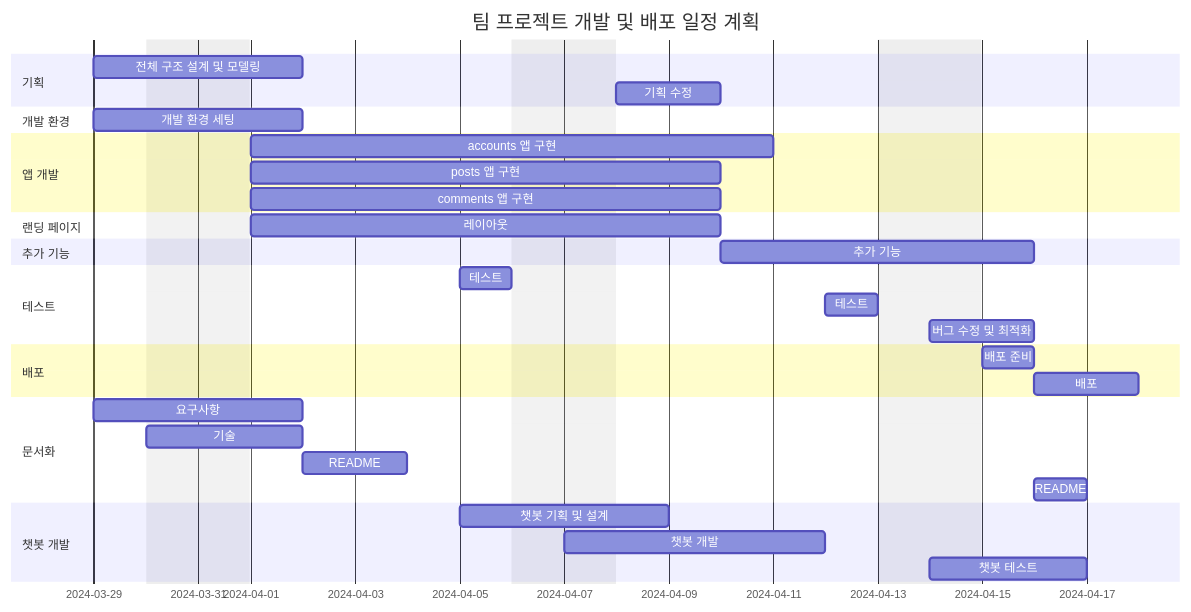
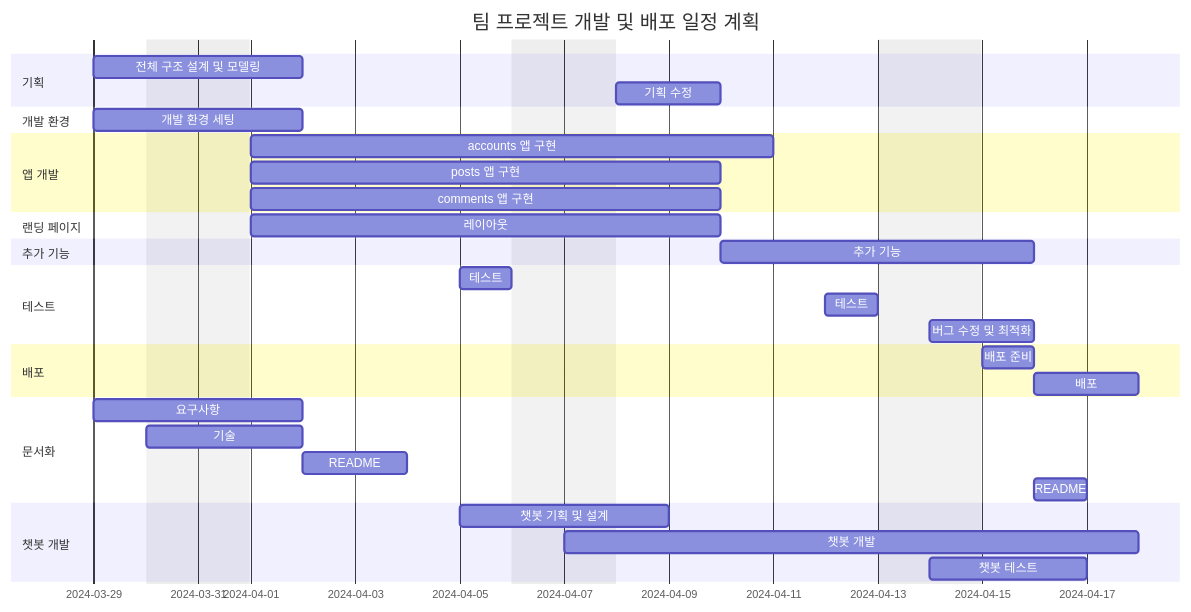
One commit to seungil1/recommand_tour changed the third of 3 diagrams in README.md. Above: the diagram before and after it, drawn with Mermaid.

````diff
--- a/README.md
+++ b/README.md
@@ -84,44 +84,44 @@
 ```mermaid
 gantt
     dateFormat  YYYY-MM-DD
     title 팀 프로젝트 개발 및 배포 일정 계획
     excludes weekends
 
     section 기획
     전체 구조 설계 및 모델링 :des1, 2024-03-29, 2d
     기획 수정 : 2024-04-08, 2d
 
     section 개발 환경
     개발 환경 세팅 :set1, 2024-03-29, 2d
 
     section 앱 개발
     accounts 앱 구현 :acc1, 2024-04-01, 8d
     posts 앱 구현 :pos1, 2024-04-01, 7d
     comments 앱 구현 :com1, 2024-04-01, 7d
 
     section 랜딩 페이지
     레이아웃 :lan1, 2024-04-01, 7d
 
     section 추가 기능
     추가 기능 : 2024-04-10, 4d
 
     section 테스트
     테스트 : 2024-04-05, 1d
     테스트 : 2024-04-12, 1d
     버그 수정 및 최적화 : 2024-04-14, 2d
 
     section 배포
     배포 준비 :deploy1, 2024-04-15, 1d
     배포 :deploy2, after deploy1, 2d
     
     section 문서화
     요구사항 : 2024-03-29, 1.5d
     기술 : 2024-03-30, 2d
     README : 2024-04-02, 2d
     README : doc1, 2024-04-16, 1d
 
    section 챗봇 개발
     챗봇 기획 및 설계 :chat1, 2024-04-05, 2d
-    챗봇 개발 :chat2, 2024-04-07, 5d
+    챗봇 개발 :chat2, 2024-04-07, 9d
     챗봇 테스트 :chat3, 2024-04-14, 3d
 ```
````
